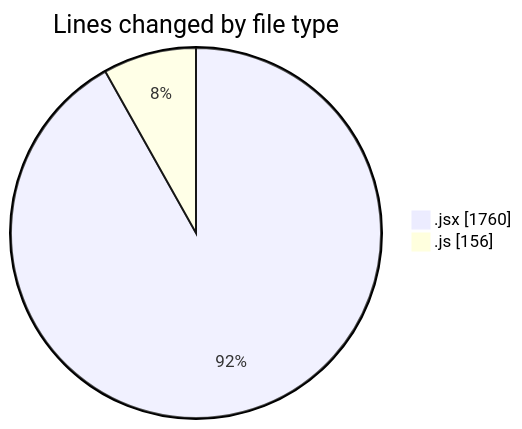
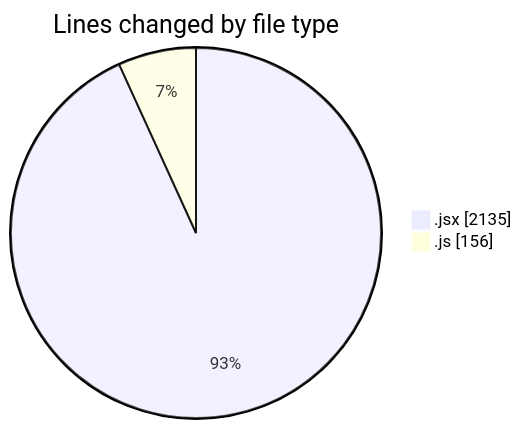
Before and after one commit to nxtqubesakshisongat/code-tracking: the first of 2 diagrams in 2025-05-22/nxtqube_webapp/README.md, drawn with Mermaid. The commit also changed other lines of this file and 1 other file, not shown here.

````diff
--- a/2025-05-22/nxtqube_webapp/README.md
+++ b/2025-05-22/nxtqube_webapp/README.md
@@ -21,6 +21,6 @@
 ```mermaid
 pie showData
 title Lines changed by file type
-".jsx" : 1760
+".jsx" : 2135
 ".js" : 156
 ```
````
